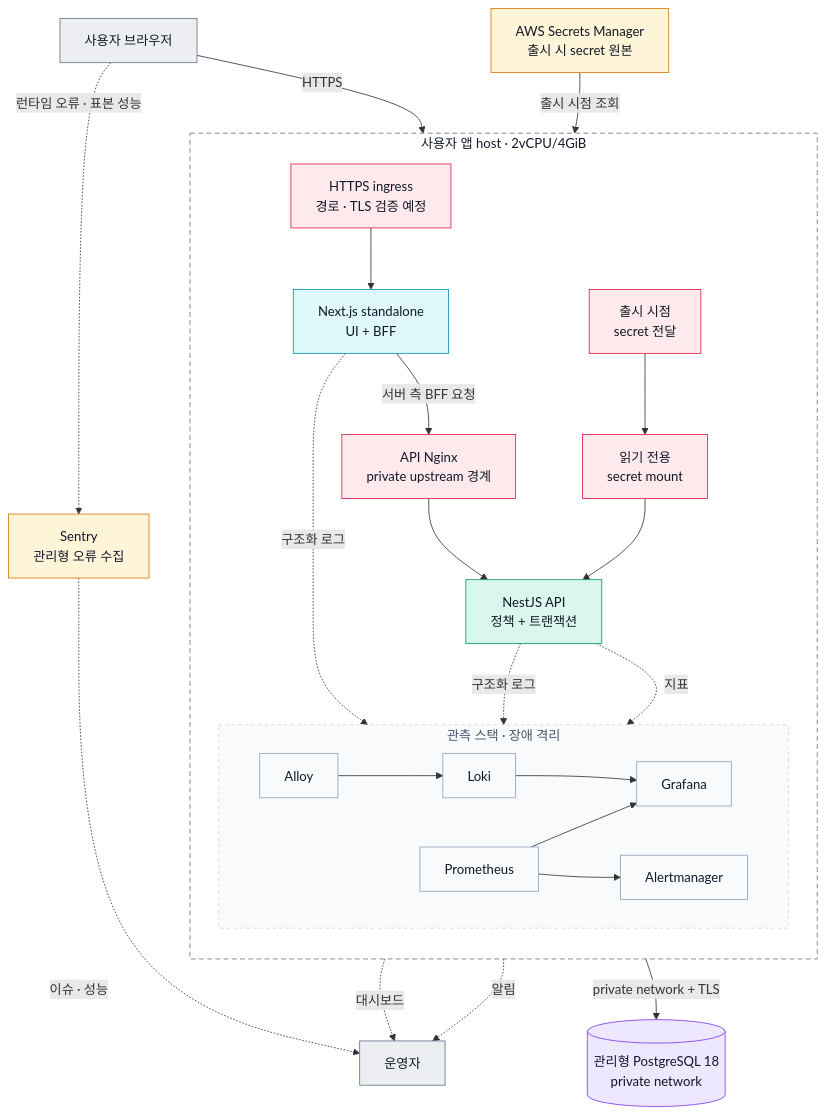
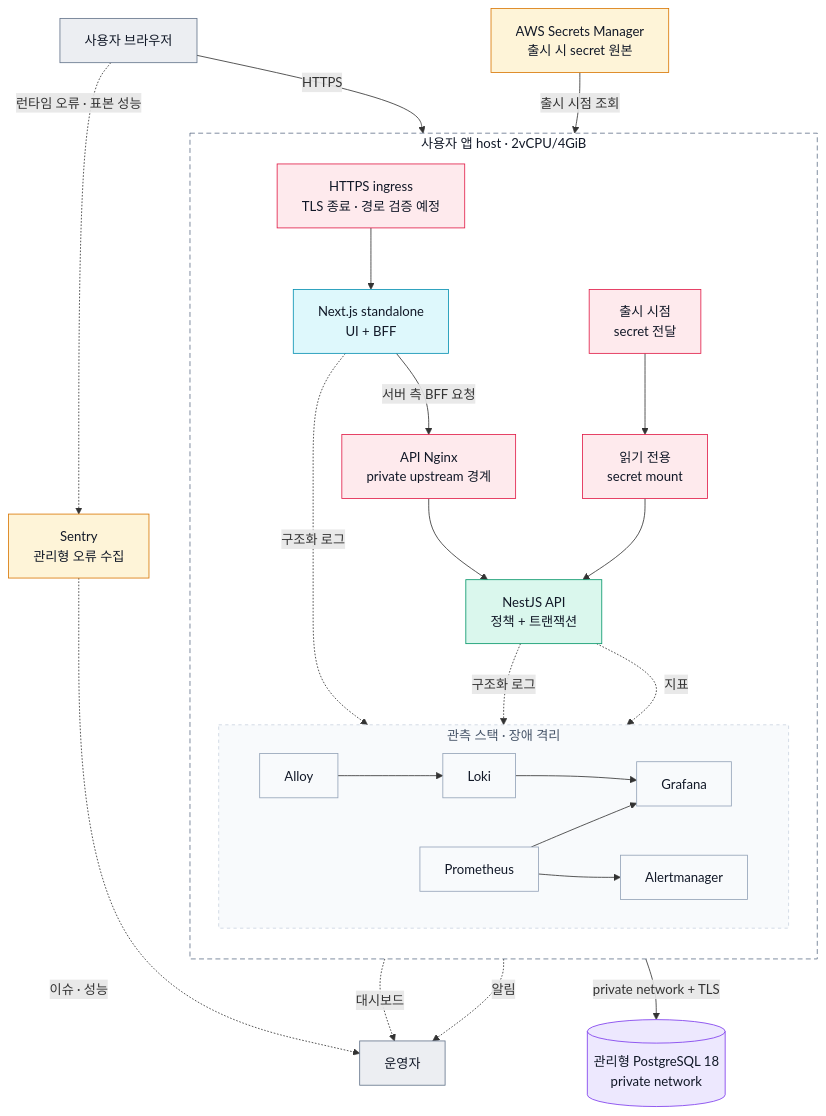
Before and after one commit to woohyun365/dormduri: the diagram in docs/architecture/platform/production-runtime-topology.md, drawn with Mermaid. The commit also changed other lines of this file and 9 other files, not shown here.

````diff
--- a/docs/architecture/platform/production-runtime-topology.md
+++ b/docs/architecture/platform/production-runtime-topology.md
@@ -37,58 +74,58 @@
 ```mermaid
 flowchart TB
     Browser[사용자 브라우저]:::external
     Secrets[AWS Secrets Manager<br/>출시 시 secret 원본]:::cloud
     RDS[(관리형 PostgreSQL 18<br/>private network)]:::database
     Sentry[Sentry<br/>관리형 오류 수집]:::cloud
     Operator[운영자]:::external
 
     subgraph UserHost[사용자 앱 host · 2vCPU/4GiB]
         direction TB
-        Ingress[HTTPS ingress<br/>경로 · TLS 검증 예정]:::security
+        Ingress[HTTPS ingress<br/>TLS 종료 · 경로 검증 예정]:::security
         Web[Next.js standalone<br/>UI + BFF]:::frontend
         ApiIngress[API Nginx<br/>private upstream 경계]:::security
         API[NestJS API<br/>정책 + 트랜잭션]:::backend
         SecretDelivery[출시 시점<br/>secret 전달]:::security
         SecretMount[읽기 전용<br/>secret mount]:::security
 
         subgraph Observability[관측 스택 · 장애 격리]
             direction LR
             Alloy[Alloy]:::ops
             Loki[Loki]:::ops
             Prometheus[Prometheus]:::ops
             Grafana[Grafana]:::ops
             Alertmanager[Alertmanager]:::ops
         end
 
         Ingress --> Web
         Web -->|서버 측 BFF 요청| ApiIngress
         ApiIngress --> API
         SecretDelivery --> SecretMount
         SecretMount --> API
         Web -. 구조화 로그 .-> Alloy
         API -. 구조화 로그 .-> Alloy
         Alloy --> Loki
         API -. 지표 .-> Prometheus
         Loki --> Grafana
         Prometheus --> Grafana
         Prometheus --> Alertmanager
     end
 
     Browser -->|HTTPS| Ingress
     Browser -. 런타임 오류 · 표본 성능 .-> Sentry
     Secrets -->|출시 시점 조회| SecretDelivery
     API -->|private network + TLS| RDS
     Grafana -. 대시보드 .-> Operator
     Alertmanager -. 알림 .-> Operator
     Sentry -. 이슈 · 성능 .-> Operator
 
     classDef frontend fill:#def8fc,stroke:#0891b2,color:#111827
     classDef backend fill:#daf7ed,stroke:#059669,color:#111827
     classDef database fill:#ede8fe,stroke:#7c3aed,color:#111827
     classDef cloud fill:#fef4d8,stroke:#d97706,color:#111827
     classDef security fill:#feeaed,stroke:#e11d48,color:#111827
     classDef external fill:#eceef2,stroke:#64748b,color:#111827
     classDef ops fill:#f8fafc,stroke:#94a3b8,color:#111827
     style UserHost fill:#ffffff,stroke:#64748b,stroke-dasharray:6 4,color:#111827
     style Observability fill:#f8fafc,stroke:#cbd5e1,stroke-dasharray:4 4,color:#475569
 ```
````
